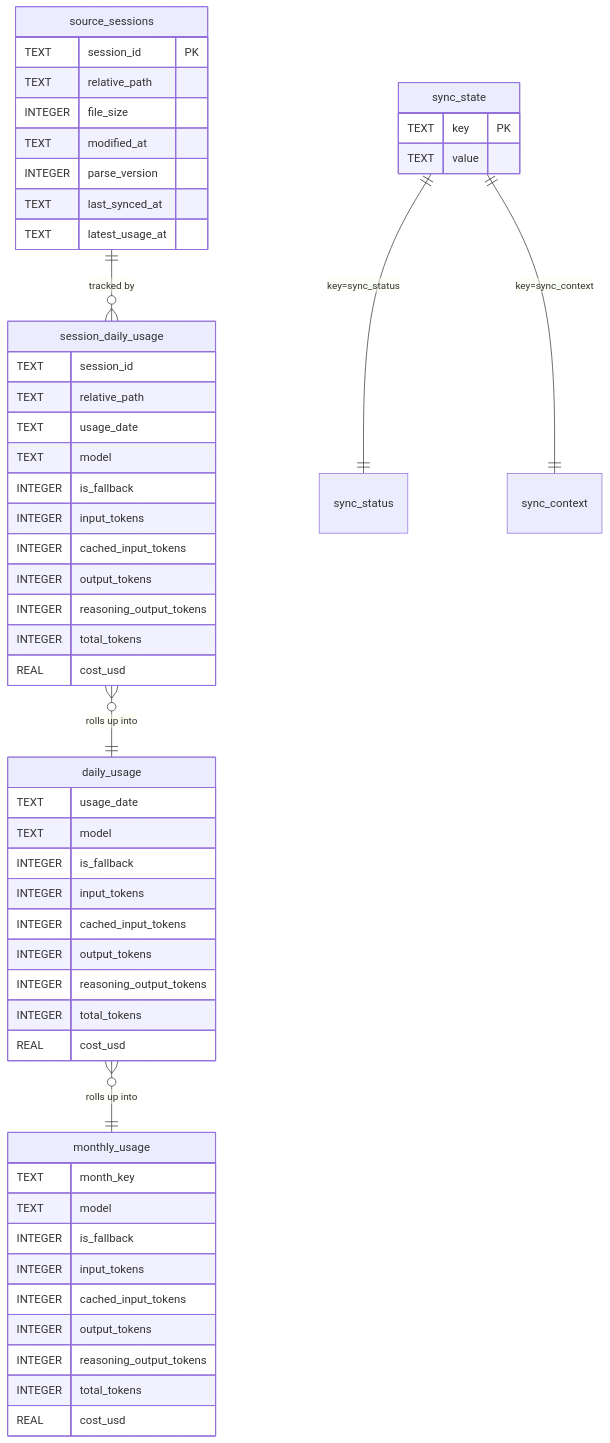
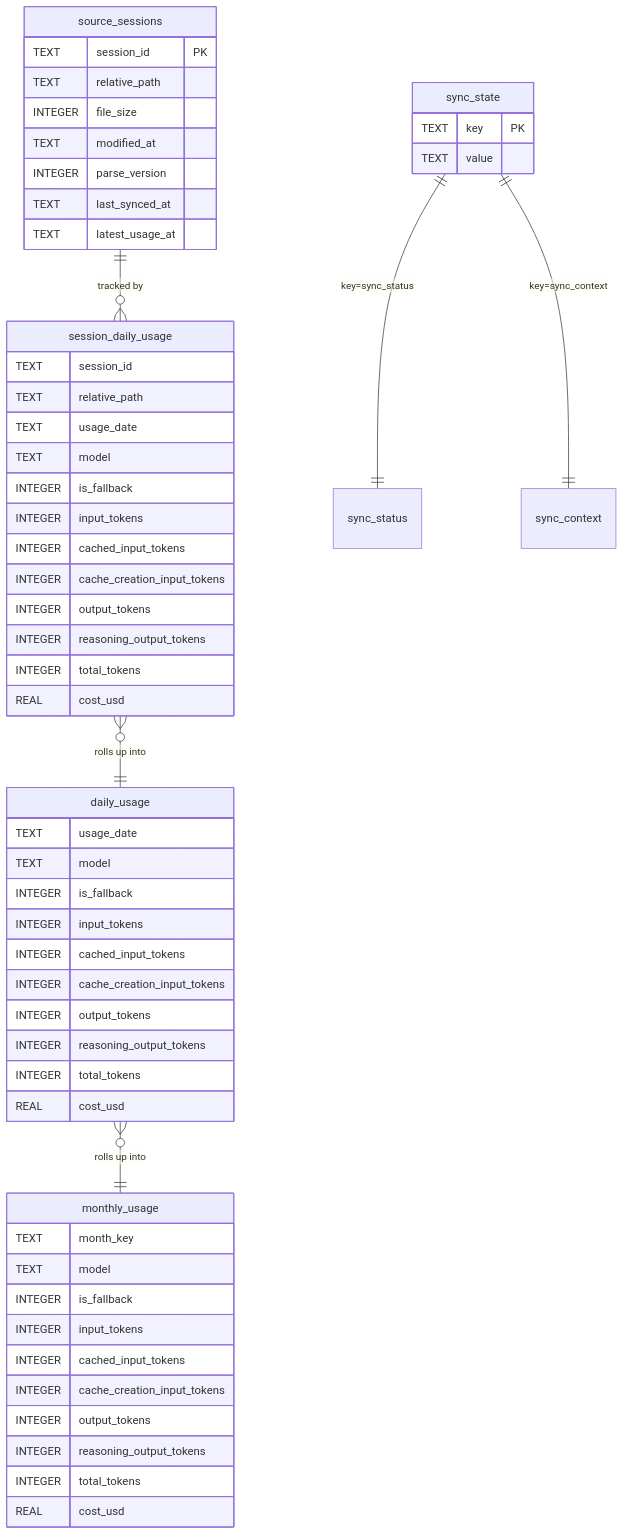
Before and after one commit to iohao/token-ledger: the diagram in openwiki/architecture/data-model.md, drawn with Mermaid. The commit also changed other lines of this file and 26 other files, not shown here.

````diff
--- a/openwiki/architecture/data-model.md
+++ b/openwiki/architecture/data-model.md
@@ -23,57 +23,60 @@
 ```mermaid
 erDiagram
     source_sessions ||--o{ session_daily_usage : "tracked by"
     session_daily_usage }o--|| daily_usage : "rolls up into"
     daily_usage }o--|| monthly_usage : "rolls up into"
     sync_state ||--|| sync_status : "key=sync_status"
     sync_state ||--|| sync_context : "key=sync_context"
 
     source_sessions {
       TEXT session_id PK
       TEXT relative_path
       INTEGER file_size
       TEXT modified_at
       INTEGER parse_version
       TEXT last_synced_at
       TEXT latest_usage_at
     }
     session_daily_usage {
       TEXT session_id
       TEXT relative_path
       TEXT usage_date
       TEXT model
       INTEGER is_fallback
       INTEGER input_tokens
       INTEGER cached_input_tokens
+      INTEGER cache_creation_input_tokens
       INTEGER output_tokens
       INTEGER reasoning_output_tokens
       INTEGER total_tokens
       REAL cost_usd
     }
     daily_usage {
       TEXT usage_date
       TEXT model
       INTEGER is_fallback
       INTEGER input_tokens
       INTEGER cached_input_tokens
+      INTEGER cache_creation_input_tokens
       INTEGER output_tokens
       INTEGER reasoning_output_tokens
       INTEGER total_tokens
       REAL cost_usd
     }
     monthly_usage {
       TEXT month_key
       TEXT model
       INTEGER is_fallback
       INTEGER input_tokens
       INTEGER cached_input_tokens
+      INTEGER cache_creation_input_tokens
       INTEGER output_tokens
       INTEGER reasoning_output_tokens
       INTEGER total_tokens
       REAL cost_usd
     }
     sync_state {
       TEXT key PK
       TEXT value
     }
 ```
````
